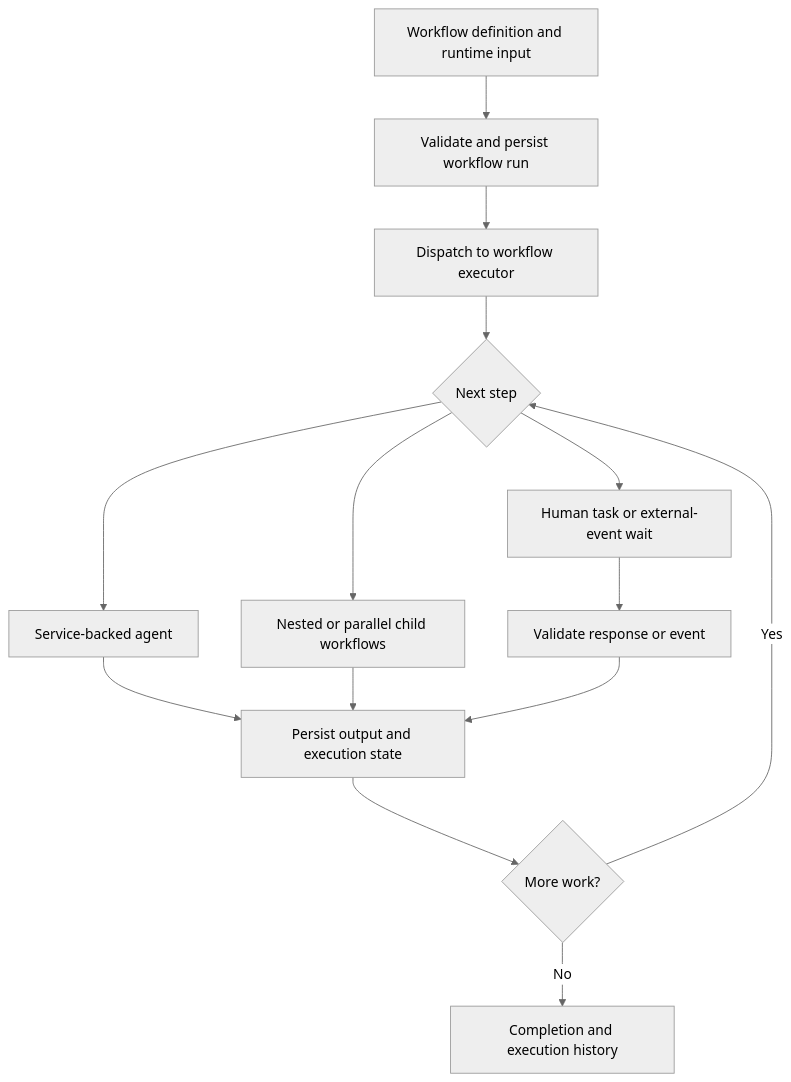
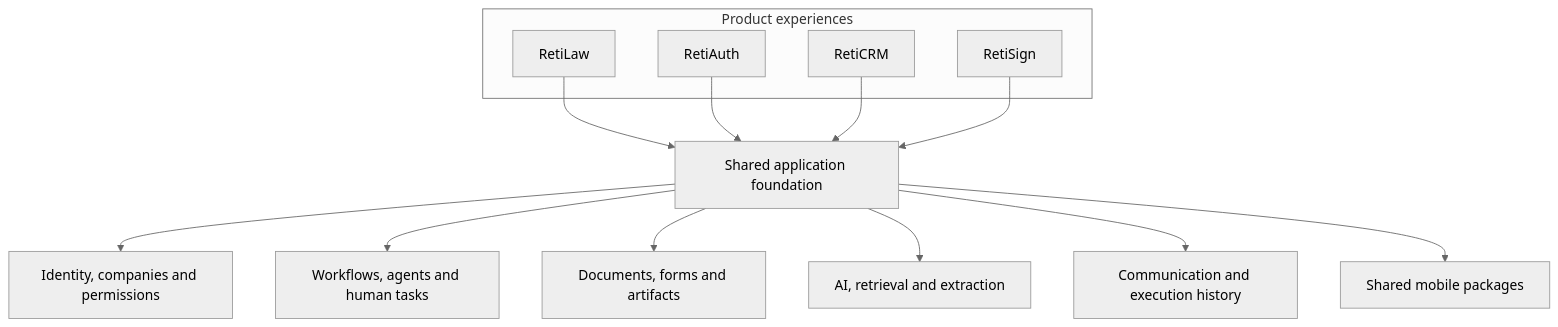
The diagram in README.md (rajeshamara/public_retiplatform), drawn with Mermaid (neutral theme) before and after one commit. The commit also changed other lines of this file and 10 other files, not shown here.

Commit message:
docs: present RetiPlatform architecture and product capabilities

````diff
--- a/README.md
+++ b/README.md
@@ -50,16 +30,20 @@
 ```mermaid
-flowchart TD
-    A[Workflow definition and runtime input] --> B[Validate and persist workflow run]
-    B --> C[Dispatch to workflow executor]
-    C --> D{Next step}
-    D --> E[Service-backed agent]
-    D --> F[Nested or parallel child workflows]
-    D --> G[Human task or external-event wait]
-    E --> H[Persist output and execution state]
-    F --> H
-    G --> I[Validate response or event]
-    I --> H
-    H --> J{More work?}
-    J -->|Yes| D
-    J -->|No| K[Completion and execution history]
+flowchart TB
+    subgraph Products[Product experiences]
+        Law[RetiLaw]
+        Auth[RetiAuth]
+        CRM[RetiCRM]
+        Sign[RetiSign]
+    end
+    Foundation[Shared application foundation]
+    Law --> Foundation
+    Auth --> Foundation
+    CRM --> Foundation
+    Sign --> Foundation
+    Foundation --> Identity[Identity, companies and permissions]
+    Foundation --> Workflow[Workflows, agents and human tasks]
+    Foundation --> Documents[Documents, forms and artifacts]
+    Foundation --> Intelligence[AI, retrieval and extraction]
+    Foundation --> Communication[Communication and execution history]
+    Foundation --> Mobile[Shared mobile packages]
 ```
````
